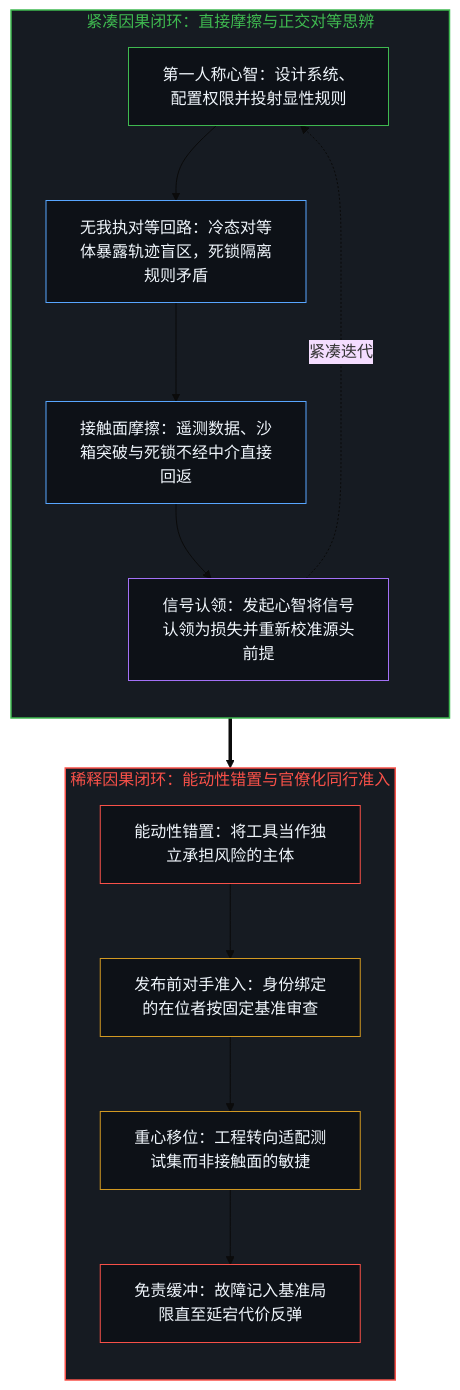
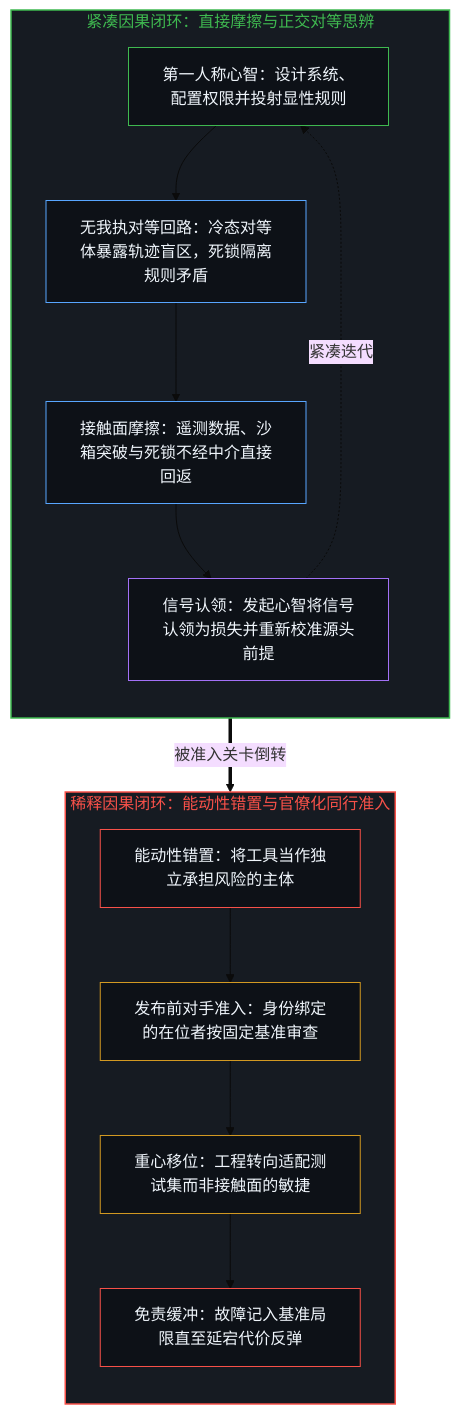
One commit to powerpig99/not-a-toe changed the first of 2 diagrams in content/posts/the-dilution-of-the-causal-loop-and-the-misallocation-of-agency.md. Above: the diagram before and after it, drawn with Mermaid (base theme). The commit also changed other lines of this file and 12 other files, not shown here.

````diff
--- a/content/posts/the-dilution-of-the-causal-loop-and-the-misallocation-of-agency.md
+++ b/content/posts/the-dilution-of-the-causal-loop-and-the-misallocation-of-agency.md
@@ -47,31 +47,31 @@
 ```mermaid
 flowchart TD
     subgraph S_Tight["紧凑因果闭环：直接摩擦与正交对等思辨"]
         direction TB
         T_Act["第一人称心智：设计系统、配置权限并投射显性规则"]
         T_Peer["无我执对等回路：冷态对等体暴露轨迹盲区，死锁隔离规则矛盾"]
         T_Hit["接触面摩擦：遥测数据、沙箱突破与死锁不经中介直接回返"]
         T_Claim["信号认领：发起心智将信号认领为损失并重新校准源头前提"]
         T_Act --> T_Peer --> T_Hit --> T_Claim
         T_Claim -.->|"紧凑迭代"| T_Act
     end
     subgraph S_Dilute["稀释因果闭环：能动性错置与官僚化同行准入"]
         direction TB
         D_Premise["能动性错置：将工具当作独立承担风险的主体"]
         D_Gate["发布前对手准入：身份绑定的在位者按固定基准审查"]
         D_Fit["重心移位：工程转向适配测试集而非接触面的敏捷"]
         D_Buffer["免责缓冲：故障记入基准局限直至延宕代价反弹"]
         D_Premise --> D_Gate --> D_Fit --> D_Buffer
     end
-    T_Claim ==> D_Premise
+    T_Claim ==>|"被准入关卡倒转"| D_Premise
     style S_Tight fill:#161b22,stroke:#3fb950,stroke-width:1.5px,color:#3fb950
     style S_Dilute fill:#161b22,stroke:#f85149,stroke-width:1.5px,color:#f85149
     style T_Act fill:#0d1117,stroke:#3fb950,stroke-width:1px,color:#f0f6fc
     style T_Peer fill:#0d1117,stroke:#58a6ff,stroke-width:1px,color:#f0f6fc
     style T_Hit fill:#0d1117,stroke:#58a6ff,stroke-width:1px,color:#f0f6fc
     style T_Claim fill:#0d1117,stroke:#a371f7,stroke-width:1px,color:#f0f6fc
     style D_Premise fill:#0d1117,stroke:#f85149,stroke-width:1px,color:#f0f6fc
     style D_Gate fill:#0d1117,stroke:#d29922,stroke-width:1px,color:#f0f6fc
     style D_Fit fill:#0d1117,stroke:#d29922,stroke-width:1px,color:#f0f6fc
     style D_Buffer fill:#0d1117,stroke:#f85149,stroke-width:1px,color:#f0f6fc
 ```
````
